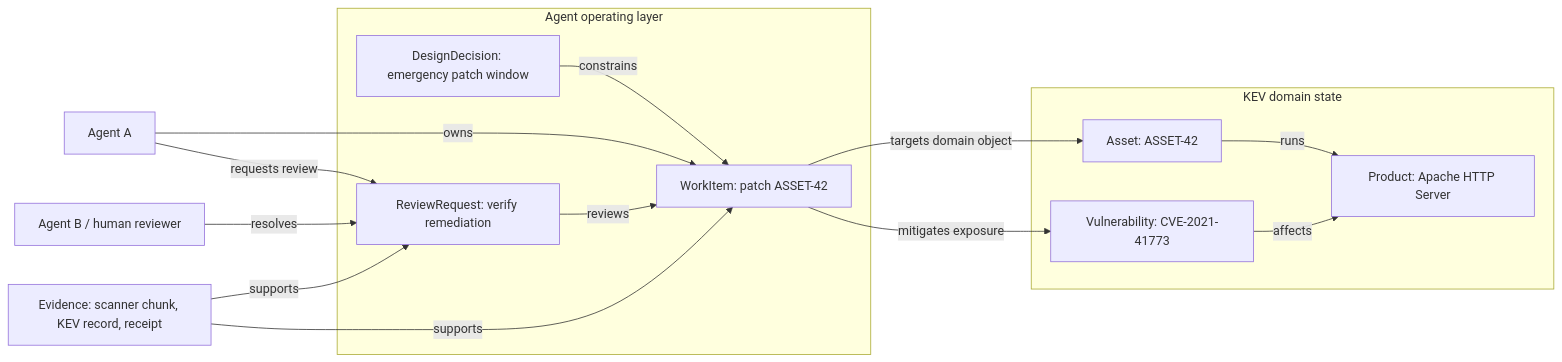
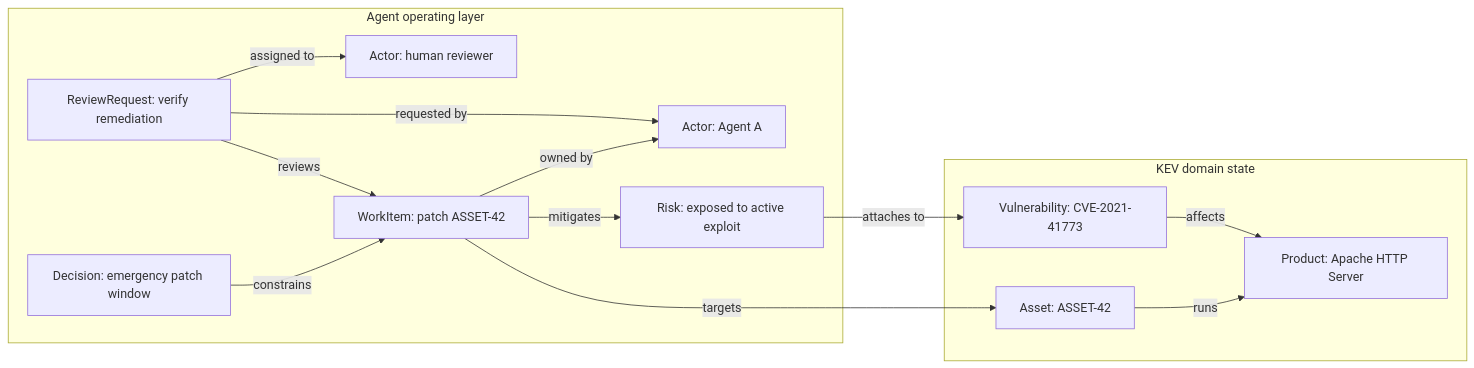
Before and after one commit to cruxible-ai/cruxible: the diagram in README.md, drawn with Mermaid. The commit also changed other lines of this file, not shown here.

````diff
--- a/README.md
+++ b/README.md
@@ -109,30 +101,28 @@
 ```mermaid
 flowchart LR
   subgraph KEV["KEV domain state"]
     Asset["Asset: ASSET-42"]
     Product["Product: Apache HTTP Server"]
     CVE["Vulnerability: CVE-2021-41773"]
   end
 
   subgraph Ops["Agent operating layer"]
+    Owner["Actor: Agent A"]
+    Reviewer["Actor: human reviewer"]
     Work["WorkItem: patch ASSET-42"]
     Review["ReviewRequest: verify remediation"]
-    Decision["DesignDecision: emergency patch window"]
+    Decision["Decision: emergency patch window"]
+    Risk["Risk: exposed to active exploit"]
   end
-
-  AgentA["Agent A"]
-  AgentB["Agent B / human reviewer"]
-  Evidence["Evidence: scanner chunk, KEV record, receipt"]
 
   Asset -- "runs" --> Product
   CVE -- "affects" --> Product
-  Work -- "targets domain object" --> Asset
-  Work -- "mitigates exposure" --> CVE
+  Work -- "targets" --> Asset
+  Work -- "mitigates" --> Risk
+  Risk -- "attaches to" --> CVE
   Decision -- "constrains" --> Work
-  AgentA -- "owns" --> Work
-  AgentA -- "requests review" --> Review
+  Work -- "owned by" --> Owner
   Review -- "reviews" --> Work
-  AgentB -- "resolves" --> Review
-  Evidence -- "supports" --> Work
-  Evidence -- "supports" --> Review
+  Review -- "requested by" --> Owner
+  Review -- "assigned to" --> Reviewer
 ```
````
